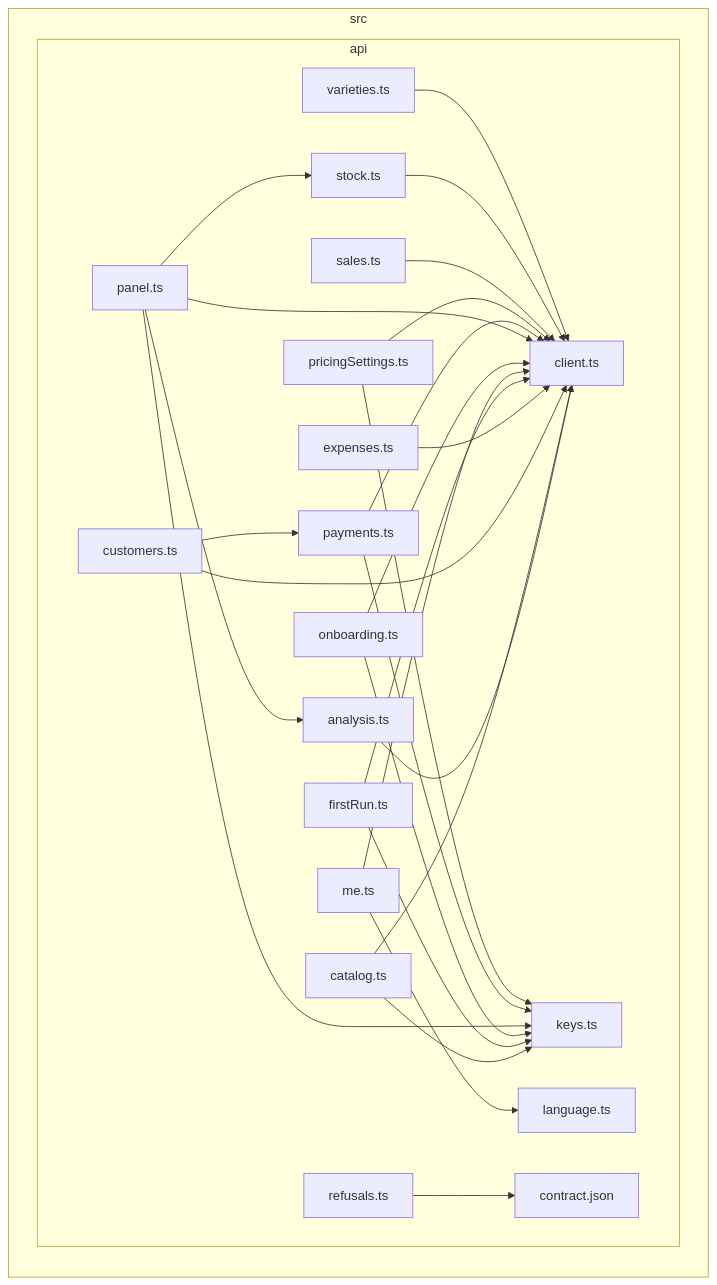
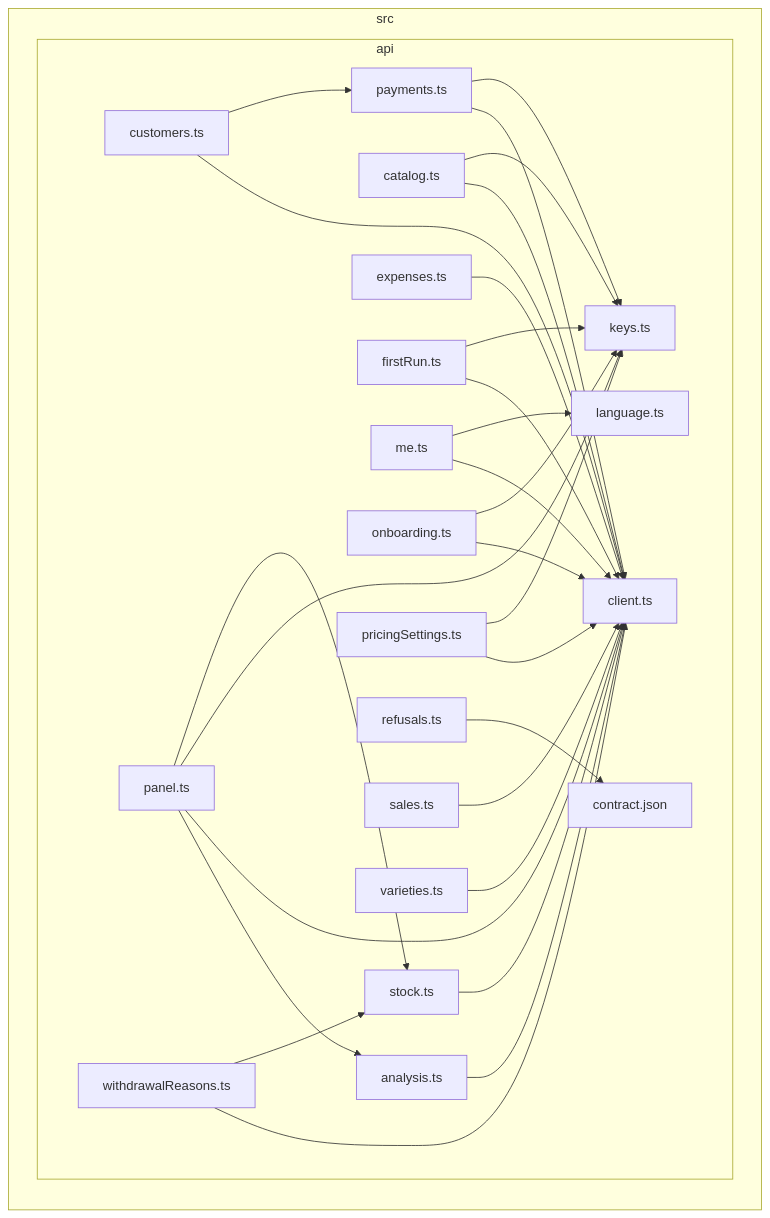
One commit to GonzaloZevallos/apostrophe changed the diagram in docs/architecture/generated/front-modules/api.md. Above: the diagram before and after it, drawn with Mermaid. The commit also changed 1 other file, not shown here.

Commit message:
Regenerate the front module docs for the reasons screen and its API calls

````diff
--- a/docs/architecture/generated/front-modules/api.md
+++ b/docs/architecture/generated/front-modules/api.md
@@ -7,49 +7,52 @@
 ```mermaid
 flowchart LR
 subgraph src["src"]
   subgraph src_api["api"]
     src_api_analysis_ts["analysis.ts"]
     src_api_catalog_ts["catalog.ts"]
     src_api_client_ts["client.ts"]
     src_api_contract_json["contract.json"]
     src_api_customers_ts["customers.ts"]
     src_api_expenses_ts["expenses.ts"]
     src_api_firstRun_ts["firstRun.ts"]
     src_api_keys_ts["keys.ts"]
     src_api_language_ts["language.ts"]
     src_api_me_ts["me.ts"]
     src_api_onboarding_ts["onboarding.ts"]
     src_api_panel_ts["panel.ts"]
     src_api_payments_ts["payments.ts"]
     src_api_pricingSettings_ts["pricingSettings.ts"]
     src_api_refusals_ts["refusals.ts"]
     src_api_sales_ts["sales.ts"]
     src_api_stock_ts["stock.ts"]
     src_api_varieties_ts["varieties.ts"]
+    src_api_withdrawalReasons_ts["withdrawalReasons.ts"]
   end
 end
 src_api_analysis_ts-->src_api_client_ts
 src_api_catalog_ts-->src_api_client_ts
 src_api_catalog_ts-->src_api_keys_ts
 src_api_customers_ts-->src_api_client_ts
 src_api_customers_ts-->src_api_payments_ts
 src_api_expenses_ts-->src_api_client_ts
 src_api_firstRun_ts-->src_api_client_ts
 src_api_firstRun_ts-->src_api_keys_ts
 src_api_me_ts-->src_api_client_ts
 src_api_me_ts-->src_api_language_ts
 src_api_onboarding_ts-->src_api_client_ts
 src_api_onboarding_ts-->src_api_keys_ts
 src_api_panel_ts-->src_api_analysis_ts
 src_api_panel_ts-->src_api_client_ts
 src_api_panel_ts-->src_api_keys_ts
 src_api_panel_ts-->src_api_stock_ts
 src_api_payments_ts-->src_api_client_ts
 src_api_payments_ts-->src_api_keys_ts
 src_api_pricingSettings_ts-->src_api_client_ts
 src_api_pricingSettings_ts-->src_api_keys_ts
 src_api_refusals_ts-->src_api_contract_json
 src_api_sales_ts-->src_api_client_ts
 src_api_stock_ts-->src_api_client_ts
 src_api_varieties_ts-->src_api_client_ts
+src_api_withdrawalReasons_ts-->src_api_client_ts
+src_api_withdrawalReasons_ts-->src_api_stock_ts
 ```
````
